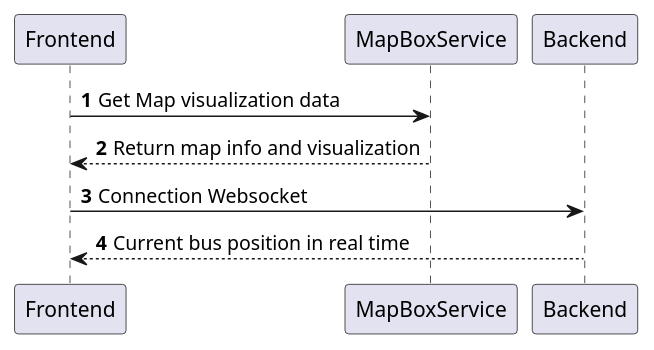
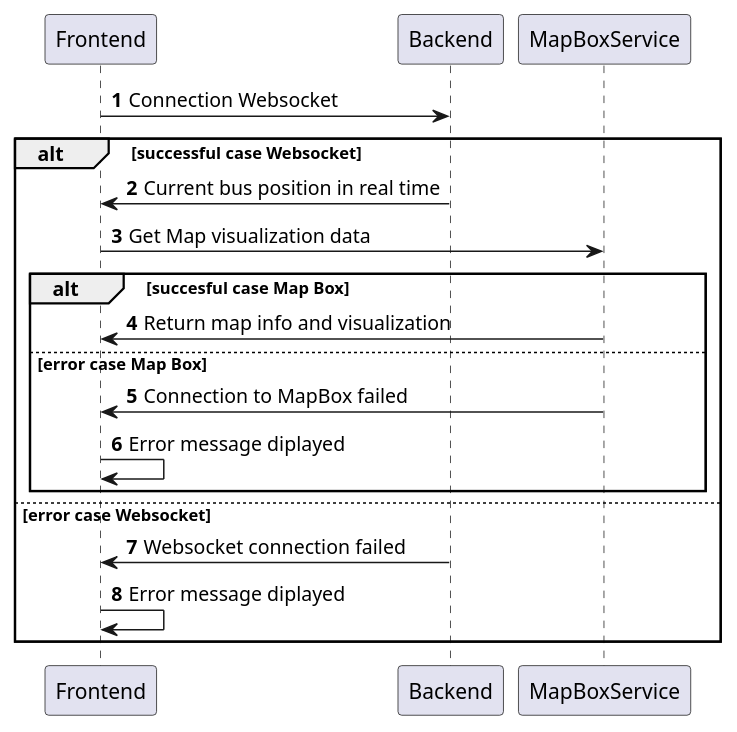
Before and after one commit to ESIR2-PROJET-KEOLIS/design: the diagram in diagrams/frontend/seq_start.puml, drawn with PlantUML. The commit also changed 2 other files, not shown here.

Commit message:
frontend diagrams.

```diff
--- a/diagrams/frontend/seq_start.puml
+++ b/diagrams/frontend/seq_start.puml
@@ -1,10 +1,27 @@
 @startuml
 'https://plantuml.com/sequence-diagram
 
 autonumber
 
+Frontend -> Backend : Connection Websocket
+alt successful case Websocket
+Backend -> Frontend: Current bus position in real time
 Frontend -> MapBoxService: Get Map visualization data
-MapBoxService --> Frontend: Return map info and visualization
-Frontend -> Backend : Connection Websocket
-Backend --> Frontend: Current bus position in real time
+alt succesful case Map Box
+MapBoxService -> Frontend: Return map info and visualization
+else error case Map Box
+MapBoxService -> Frontend : Connection to MapBox failed
+
+Frontend -> Frontend : Error message diplayed
+end
+
+else error case Websocket
+Backend -> Frontend: Websocket connection failed
+Frontend -> Frontend : Error message diplayed
+
+
+end
+
+
+
 @enduml
```
